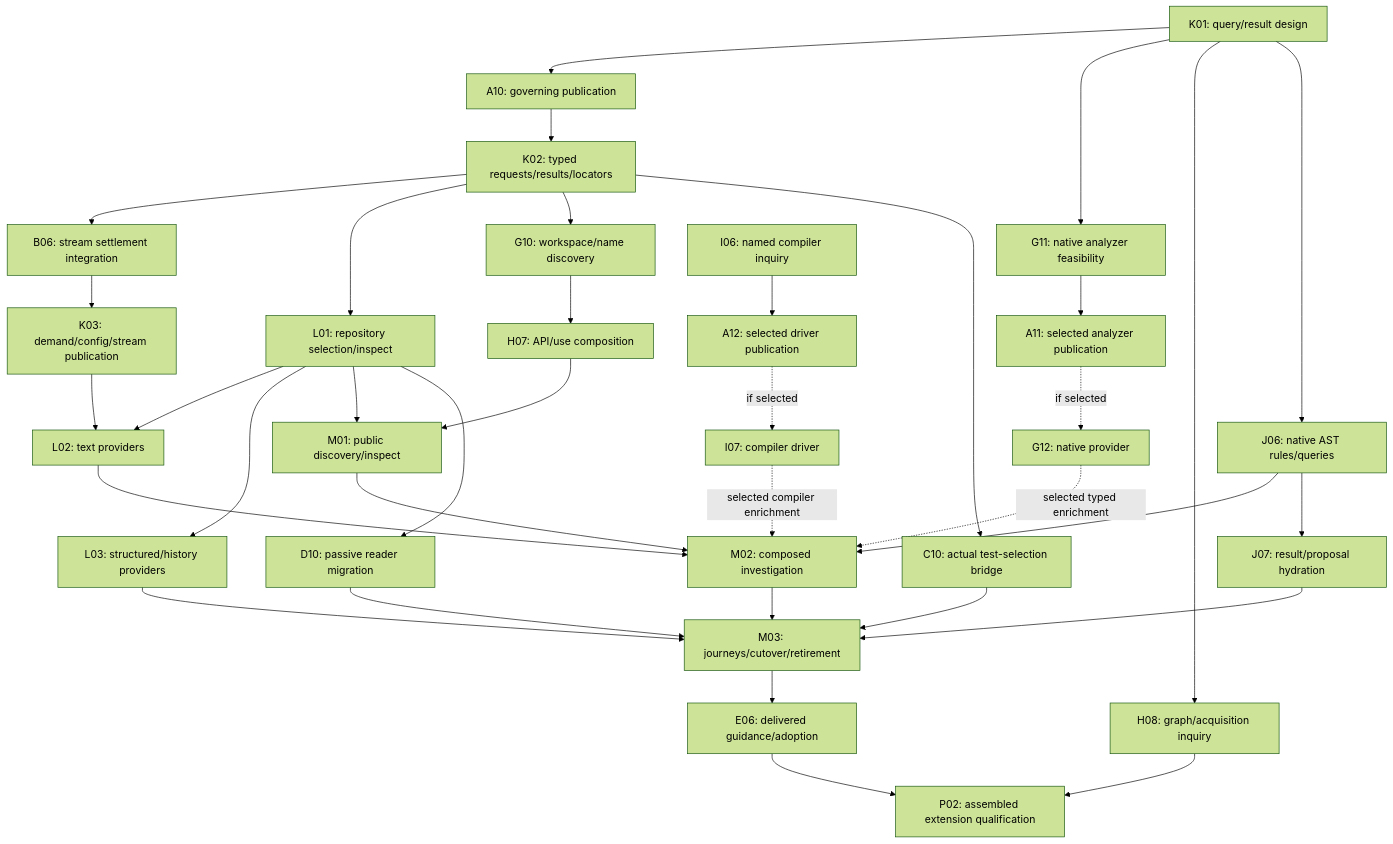
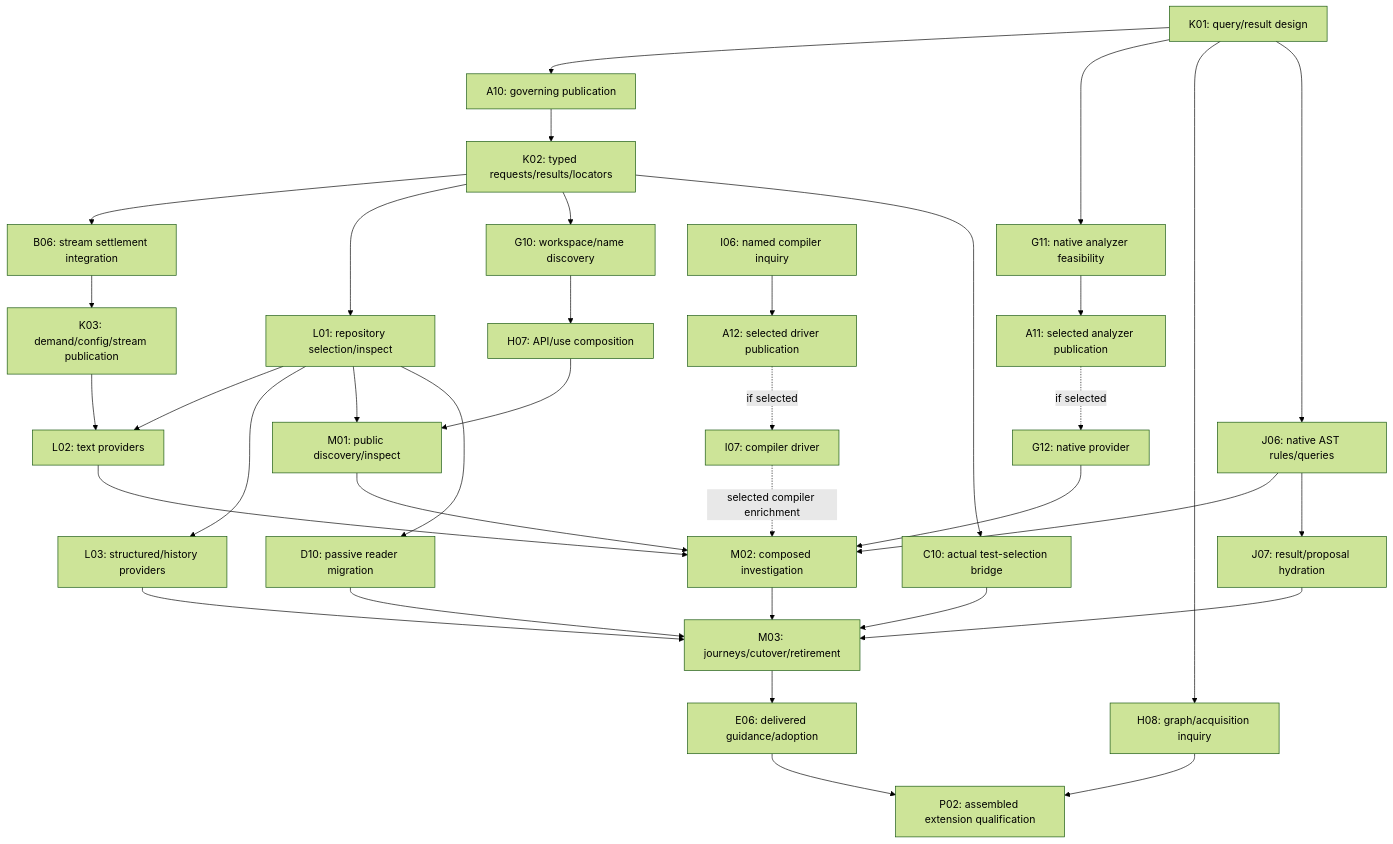
The diagram in docs/plans/59-agent-cli.md (paul-heyse/pse-arrow), drawn with Mermaid (forest theme) before and after one commit. The commit also changed other lines of this file and 94 other files, not shown here.

````diff
--- a/docs/plans/59-agent-cli.md
+++ b/docs/plans/59-agent-cli.md
@@ -541,38 +541,38 @@
 ```mermaid
 flowchart TD
   K01["K01: query/result design"] --> A10["A10: governing publication"]
   A10 --> K02["K02: typed requests/results/locators"]
   K02 --> B06["B06: stream settlement integration"]
   B06 --> K03["K03: demand/config/stream publication"]
   K02 --> L01["L01: repository selection/inspect"]
   L01 --> L02["L02: text providers"]
   K03 --> L02
   L01 --> L03["L03: structured/history providers"]
   K02 --> G10["G10: workspace/name discovery"]
   G10 --> H07["H07: API/use composition"]
   L01 --> M01["M01: public discovery/inspect"]
   H07 --> M01
   K01 --> G11["G11: native analyzer feasibility"]
   G11 --> A11["A11: selected analyzer publication"]
   A11 -. "if selected" .-> G12["G12: native provider"]
   I06["I06: named compiler inquiry"] --> A12["A12: selected driver publication"]
   A12 -. "if selected" .-> I07["I07: compiler driver"]
   K01 --> H08["H08: graph/acquisition inquiry"]
   K01 --> J06["J06: native AST rules/queries"]
   M01 --> M02["M02: composed investigation"]
   L02 --> M02
   J06 --> M02
-  G12 -. "selected typed enrichment" .-> M02
+  G12 --> M02
   I07 -. "selected compiler enrichment" .-> M02
   J06 --> J07["J07: result/proposal hydration"]
   L01 --> D10["D10: passive reader migration"]
   K02 --> C10["C10: actual test-selection bridge"]
   M02 --> M03["M03: journeys/cutover/retirement"]
   L03 --> M03
   J07 --> M03
   D10 --> M03
   C10 --> M03
   M03 --> E06["E06: delivered guidance/adoption"]
   E06 --> P02["P02: assembled extension qualification"]
   H08 --> P02
 ```
````
